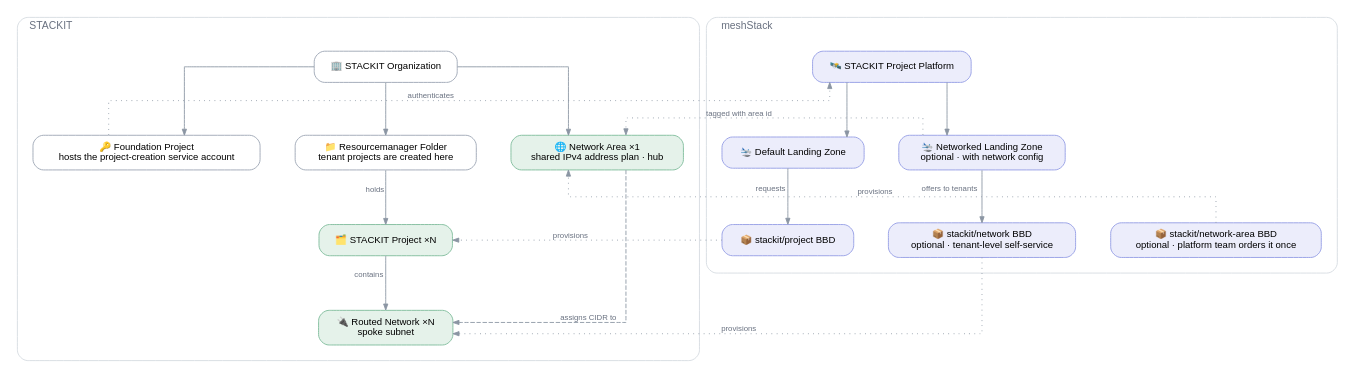
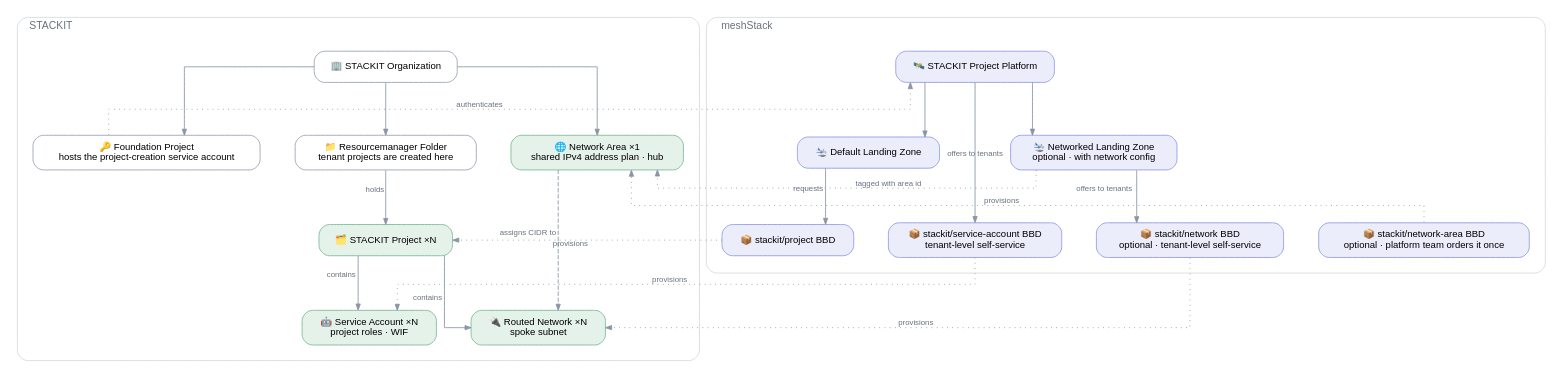
One commit to meshcloud/meshstack-hub changed the diagram in reference-architectures/stackit-landingzone/stackit-landingzone.dot. Above: the diagram before and after it, drawn with Graphviz. The commit also changed 3 other files, not shown here.

First line of the commit message:
feat(stackit-landingzone): register self-service service account building block

```diff
--- a/reference-architectures/stackit-landingzone/stackit-landingzone.dot
+++ b/reference-architectures/stackit-landingzone/stackit-landingzone.dot
@@ -1,69 +1,74 @@
 /*
  * STACKIT Landing Zone reference architecture.
  * Conventions: .agents/references/diagrams.md — render with: task diagrams
  */
 digraph stackit_landingzone {
   rankdir=TB
   splines=ortho
   forcelabels=true
   bgcolor="white"
   nodesep=0.55
   ranksep=0.85
 
   node [shape=box style="rounded,filled" fontname="Helvetica" fontsize=11
         fillcolor="#ffffff" color="#a2abb8" penwidth=1.1 margin="0.20,0.11"]
   edge [fontname="Helvetica" fontsize=9 fontcolor="#697180" color="#8b95a3" arrowsize=0.7]
 
   subgraph cluster_stackit {
     label="  STACKIT"
     labeljust=l
     fontname="Helvetica" fontsize=12 fontcolor="#697180"
     style="rounded" color="#d5dae0"
     margin=18
 
     ORG    [label="🏢 STACKIT Organization" fillcolor="#ffffff" color="#a2abb8"]
     FOUND  [label="🔑 Foundation Project\nhosts the project-creation service account" fillcolor="#ffffff" color="#a2abb8"]
     FOLDER [label="📁 Resourcemanager Folder\ntenant projects are created here" fillcolor="#ffffff" color="#a2abb8"]
     NA     [label="🌐 Network Area ×1\nshared IPv4 address plan · hub" fillcolor="#e5f2ea" color="#85bfa0"]
     PRJ    [label="🗂️ STACKIT Project ×N" fillcolor="#e5f2ea" color="#85bfa0"]
+    SA     [label="🤖 Service Account ×N\nproject roles · WIF" fillcolor="#e5f2ea" color="#85bfa0"]
     SPOKE  [label="🔌 Routed Network ×N\nspoke subnet" fillcolor="#e5f2ea" color="#85bfa0"]
 
     { rank=same; FOUND -> FOLDER -> NA [style=invis] }
 
     ORG    -> FOUND
     ORG    -> FOLDER
     ORG    -> NA
     FOLDER -> PRJ   [xlabel="holds"]
+    PRJ    -> SA    [xlabel="contains"]
     PRJ    -> SPOKE [xlabel="contains"]
     NA     -> SPOKE [xlabel="assigns CIDR to" style=dashed constraint=false]
   }
 
   subgraph cluster_mesh {
     label="  meshStack"
     labeljust=l
     fontname="Helvetica" fontsize=12 fontcolor="#697180"
     style="rounded" color="#d5dae0"
     margin=18
 
     PLAT     [label="🛰️ STACKIT Project Platform" fillcolor="#ecedfb" color="#9aa2e6"]
     DEFLZ    [label="🛬 Default Landing Zone" fillcolor="#ecedfb" color="#9aa2e6"]
     NETLZ    [label="🛬 Networked Landing Zone\noptional · with network config" fillcolor="#ecedfb" color="#9aa2e6"]
     PRJBBD   [label="📦 stackit/project BBD" fillcolor="#ecedfb" color="#9aa2e6"]
+    SABBD    [label="📦 stackit/service-account BBD\ntenant-level self-service" fillcolor="#ecedfb" color="#9aa2e6"]
     NABBD    [label="📦 stackit/network-area BBD\noptional · platform team orders it once" fillcolor="#ecedfb" color="#9aa2e6"]
     SPOKEBBD [label="📦 stackit/network BBD\noptional · tenant-level self-service" fillcolor="#ecedfb" color="#9aa2e6"]
 
     { rank=same; DEFLZ -> NETLZ [style=invis] }
-    { rank=same; PRJBBD -> SPOKEBBD -> NABBD [style=invis] }
+    { rank=same; PRJBBD -> SABBD -> SPOKEBBD -> NABBD [style=invis] }
 
     PLAT  -> DEFLZ
     PLAT  -> NETLZ
     DEFLZ -> PRJBBD   [xlabel="requests"]
+    PLAT  -> SABBD    [xlabel="offers to tenants"]
     NETLZ -> SPOKEBBD [xlabel="offers to tenants"]
   }
 
   FOUND    -> PLAT  [xlabel="authenticates" style=dotted constraint=false]
   PRJBBD   -> PRJ   [xlabel="provisions" style=dotted constraint=false]
+  SABBD    -> SA    [xlabel="provisions" style=dotted constraint=false]
   NABBD    -> NA    [xlabel="provisions" style=dotted constraint=false]
   SPOKEBBD -> SPOKE [xlabel="provisions" style=dotted constraint=false]
   NETLZ    -> NA    [xlabel="tagged with area id" style=dotted constraint=false]
 }
```
